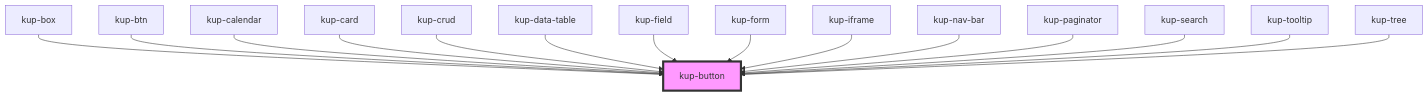
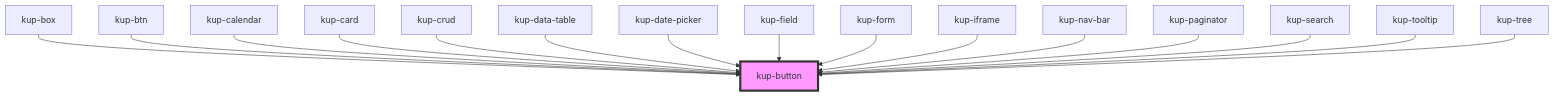
One commit to smeup/ketchup changed the diagram in packages/ketchup/src/components/kup-button/readme.md. Above: the diagram before and after it, drawn with Mermaid. The commit also changed other lines of this file and 34 other files, not shown here.

Commit message:
kup-date-picker and kup-time-picker

````diff
--- a/packages/ketchup/src/components/kup-button/readme.md
+++ b/packages/ketchup/src/components/kup-button/readme.md
@@ -63,18 +64,19 @@
 ```mermaid
 graph TD;
   kup-box --> kup-button
   kup-btn --> kup-button
   kup-calendar --> kup-button
   kup-card --> kup-button
   kup-crud --> kup-button
   kup-data-table --> kup-button
+  kup-date-picker --> kup-button
   kup-field --> kup-button
   kup-form --> kup-button
   kup-iframe --> kup-button
   kup-nav-bar --> kup-button
   kup-paginator --> kup-button
   kup-search --> kup-button
   kup-tooltip --> kup-button
   kup-tree --> kup-button
   style kup-button fill:#f9f,stroke:#333,stroke-width:4px
 ```
````
